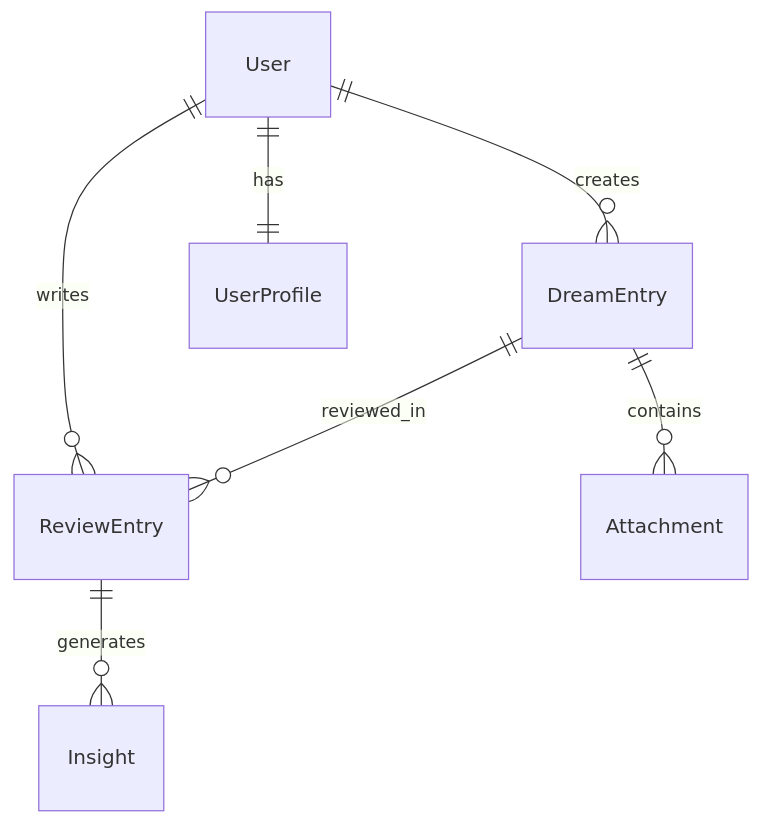
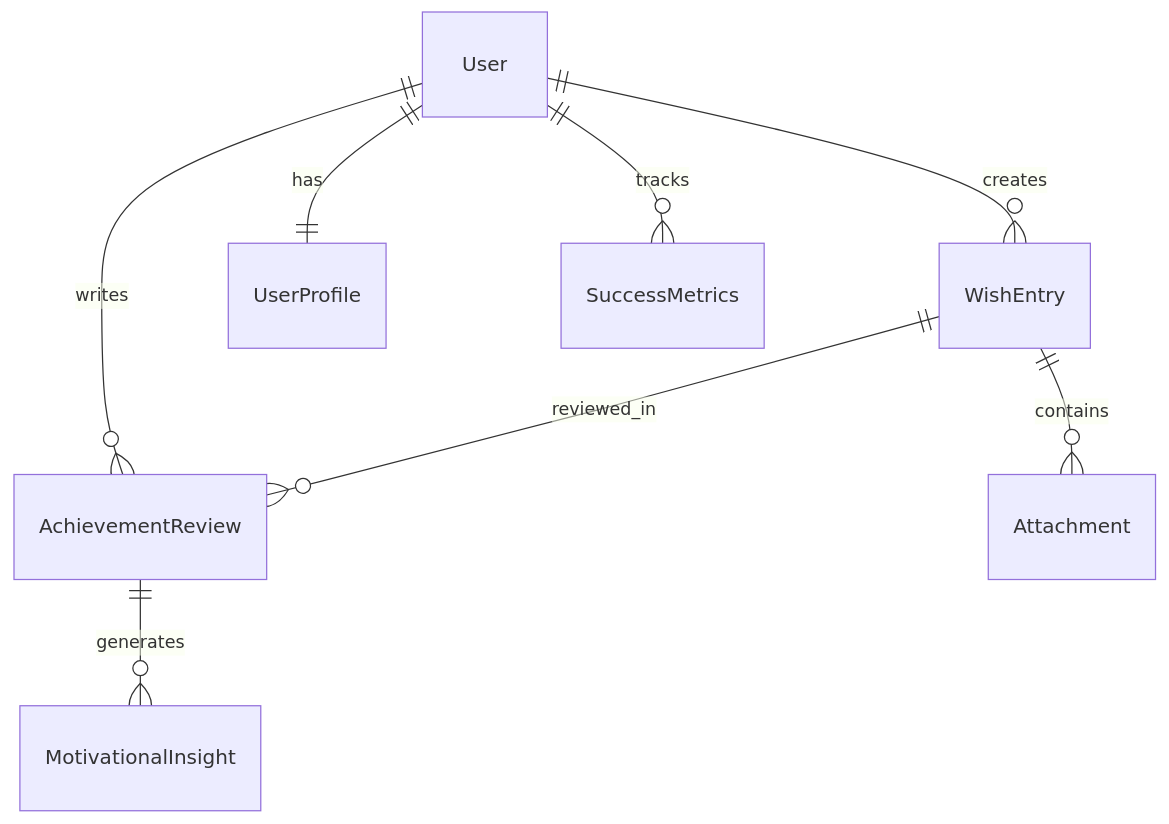
Before and after one commit to corlin/3MinisDreams: the second of 2 diagrams in .kiro/specs/morning-dream-diary/design.md, drawn with Mermaid. The commit also changed other lines of this file and 4 other files, not shown here.

````diff
--- a/.kiro/specs/morning-dream-diary/design.md
+++ b/.kiro/specs/morning-dream-diary/design.md
@@ -222,9 +241,10 @@
 ```mermaid
 erDiagram
-    User ||--o{ DreamEntry : creates
-    User ||--o{ ReviewEntry : writes
-    DreamEntry ||--o{ ReviewEntry : reviewed_in
+    User ||--o{ WishEntry : creates
+    User ||--o{ AchievementReview : writes
+    WishEntry ||--o{ AchievementReview : reviewed_in
     User ||--|| UserProfile : has
-    DreamEntry ||--o{ Attachment : contains
-    ReviewEntry ||--o{ Insight : generates
+    WishEntry ||--o{ Attachment : contains
+    AchievementReview ||--o{ MotivationalInsight : generates
+    User ||--o{ SuccessMetrics : tracks
 ```
````
